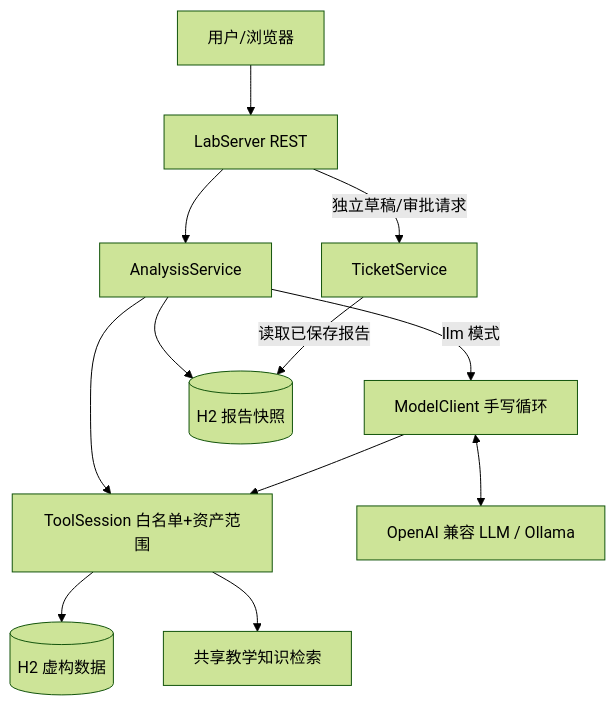
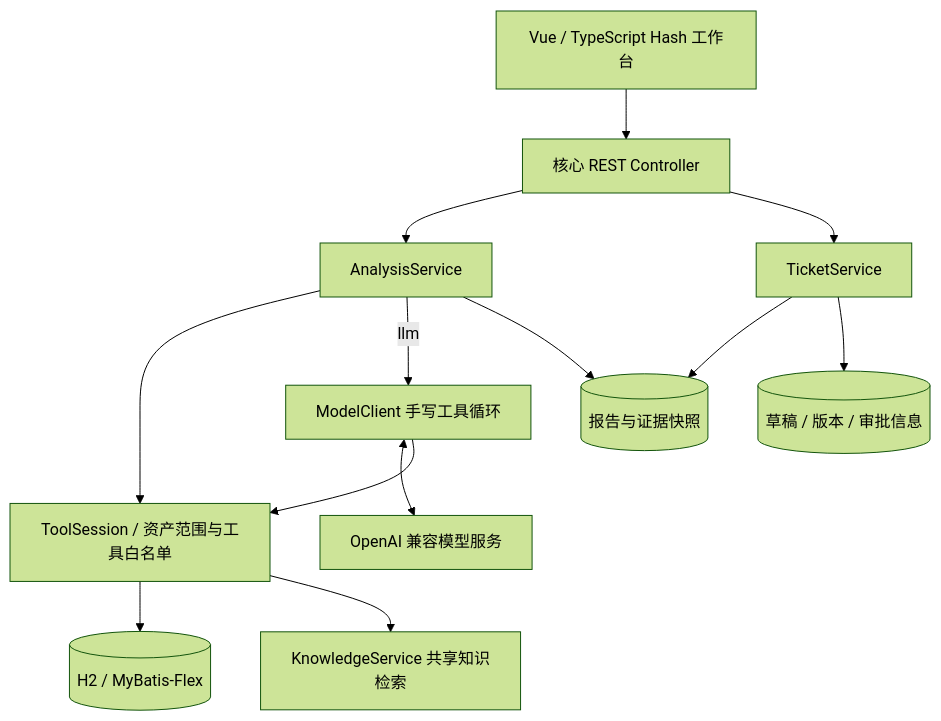
The first of 2 diagrams in docs/02-架构与执行链路.md (yuxuefenfei/asset-security-agent-lab), drawn with Mermaid (forest theme) before and after one commit. The commit also changed other lines of this file and 112 other files, not shown here.

````diff
--- a/docs/02-架构与执行链路.md
+++ b/docs/02-架构与执行链路.md
@@ -5,14 +7,15 @@
 ```mermaid
 flowchart TB
-    U[用户/浏览器] --> H[LabServer REST]
-    H --> A[AnalysisService]
-    A --> S[ToolSession 白名单+资产范围]
-    S --> DB[(H2 虚构数据)]
-    S --> K[共享教学知识检索]
-    A -->|llm 模式| M[ModelClient 手写循环]
-    M <--> L[OpenAI 兼容 LLM / Ollama]
+    U[Vue / TypeScript Hash 工作台] --> C[核心 REST Controller]
+    C --> A[AnalysisService]
+    A --> S[ToolSession / 资产范围与工具白名单]
+    S --> DB[(H2 / MyBatis-Flex)]
+    S --> K[KnowledgeService 共享知识检索]
+    A -->|llm| M[ModelClient 手写工具循环]
+    M <--> L[OpenAI 兼容模型服务]
     M --> S
-    A --> R[(H2 报告快照)]
-    H -->|独立草稿/审批请求| T[TicketService]
-    T -->|读取已保存报告| R
+    A --> R[(报告与证据快照)]
+    C --> T[TicketService]
+    T --> R
+    T --> TK[(草稿 / 版本 / 审批信息)]
 ```
````
